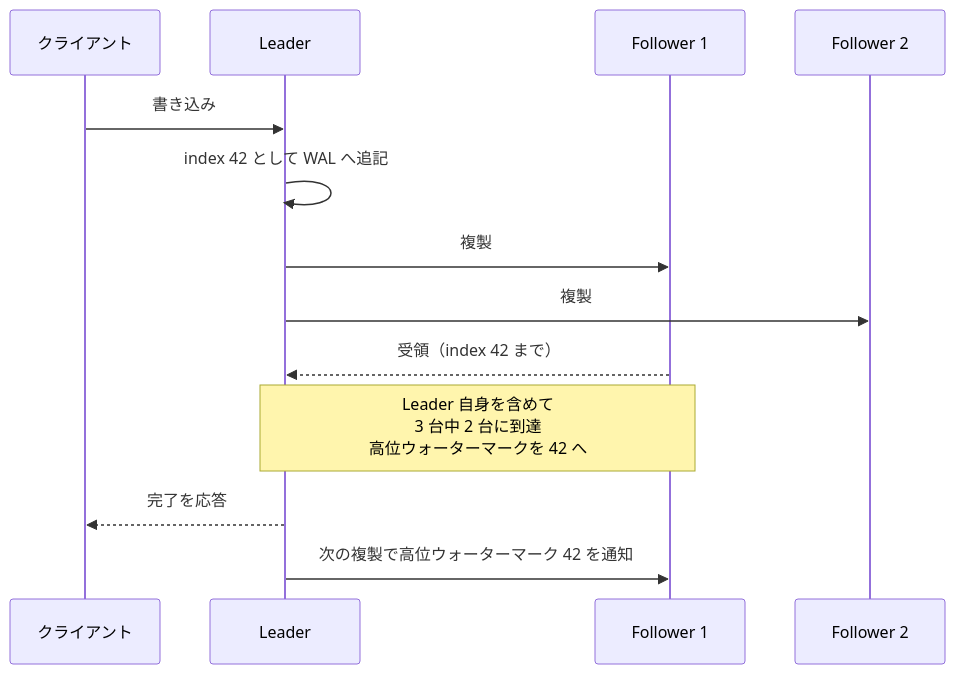
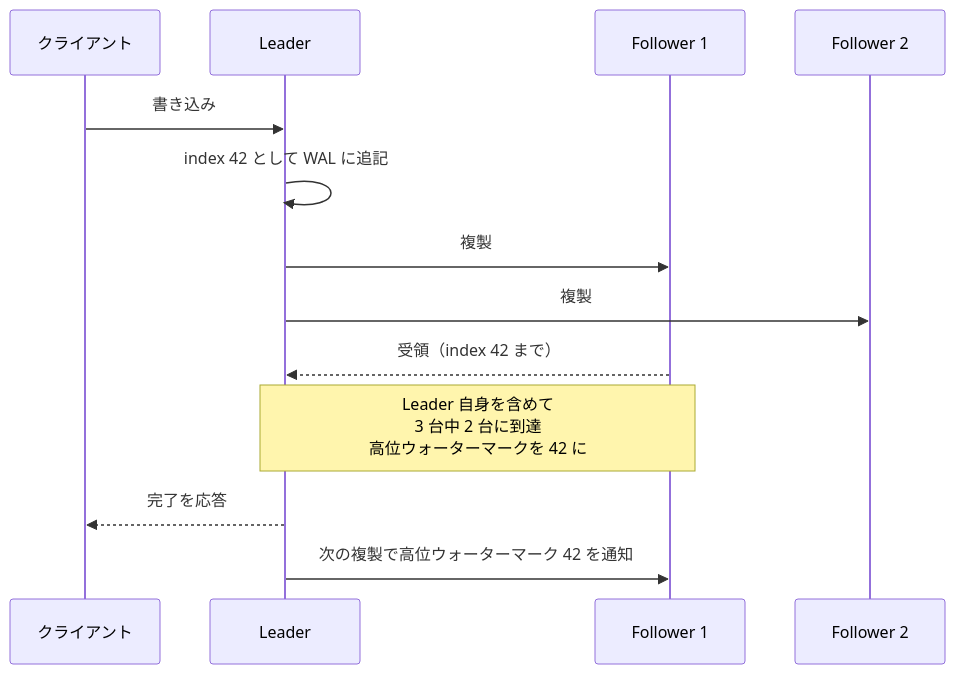
Before and after one commit to nao1215/debimate: the fifth of 5 diagrams in content/notes/distributed-systems/write-ahead-log/index.md, drawn with Mermaid. The commit also changed other lines of this file and 46 other files, not shown here.

````diff
--- a/content/notes/distributed-systems/write-ahead-log/index.md
+++ b/content/notes/distributed-systems/write-ahead-log/index.md
@@ -211,15 +211,15 @@
 ```mermaid
 sequenceDiagram
     participant C as クライアント
     participant L as Leader
     participant F1 as Follower 1
     participant F2 as Follower 2
     C->>L: 書き込み
-    L->>L: index 42 として WAL へ追記
+    L->>L: index 42 として WAL に追記
     L->>F1: 複製
     L->>F2: 複製
     F1-->>L: 受領（index 42 まで）
-    Note over L,F1: Leader 自身を含めて<br/>3 台中 2 台に到達<br/>高位ウォーターマークを 42 へ
+    Note over L,F1: Leader 自身を含めて<br/>3 台中 2 台に到達<br/>高位ウォーターマークを 42 に
     L-->>C: 完了を応答
     L->>F1: 次の複製で高位ウォーターマーク 42 を通知
 ```
````
